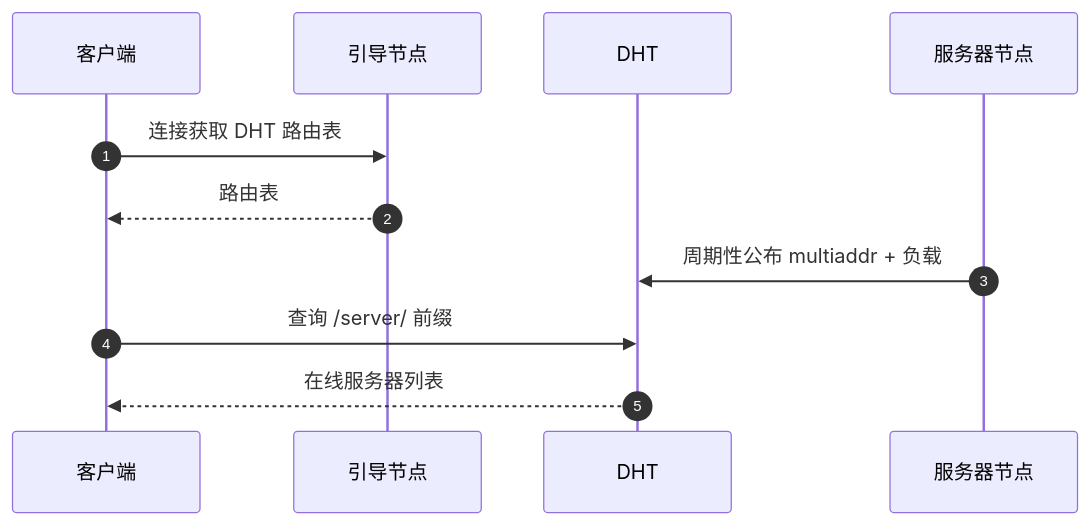
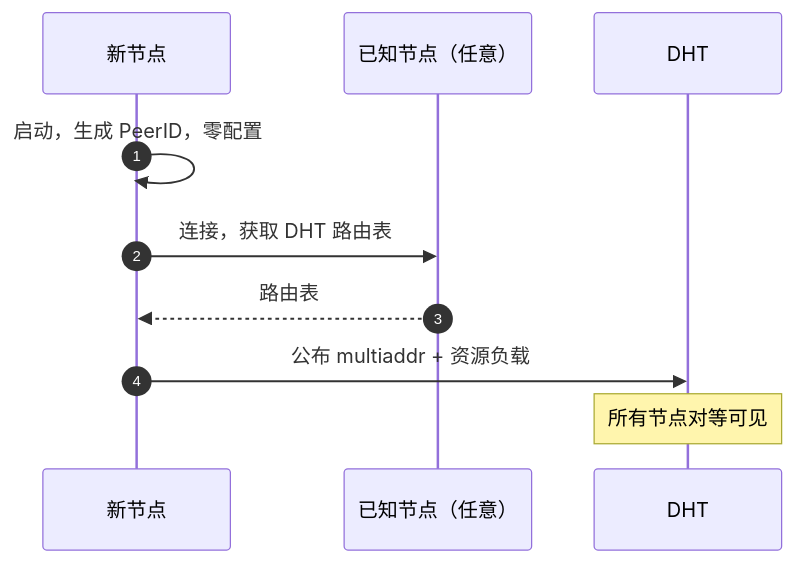
The second of 6 diagrams in pages/design/network.md (JLUCraft/docs), drawn with Mermaid before and after one commit. The commit also changed other lines of this file and 12 other files, not shown here.

````diff
--- a/pages/design/network.md
+++ b/pages/design/network.md
@@ -35,14 +49,13 @@
 ```mermaid
 sequenceDiagram
     autonumber
-    participant C as 客户端
-    participant B as 引导节点
+    participant N as 新节点
+    participant B as 已知节点（任意）
     participant DHT
-    participant S as 服务器节点
 
-    C->>B: 连接获取 DHT 路由表
-    B-->>C: 路由表
-    S->>DHT: 周期性公布 multiaddr + 负载
-    C->>DHT: 查询 /server/ 前缀
-    DHT-->>C: 在线服务器列表
+    N->>N: 启动，生成 PeerID，零配置
+    N->>B: 连接，获取 DHT 路由表
+    B-->>N: 路由表
+    N->>DHT: 公布 multiaddr + 资源负载
+    Note over DHT: 所有节点对等可见
 ```
````
